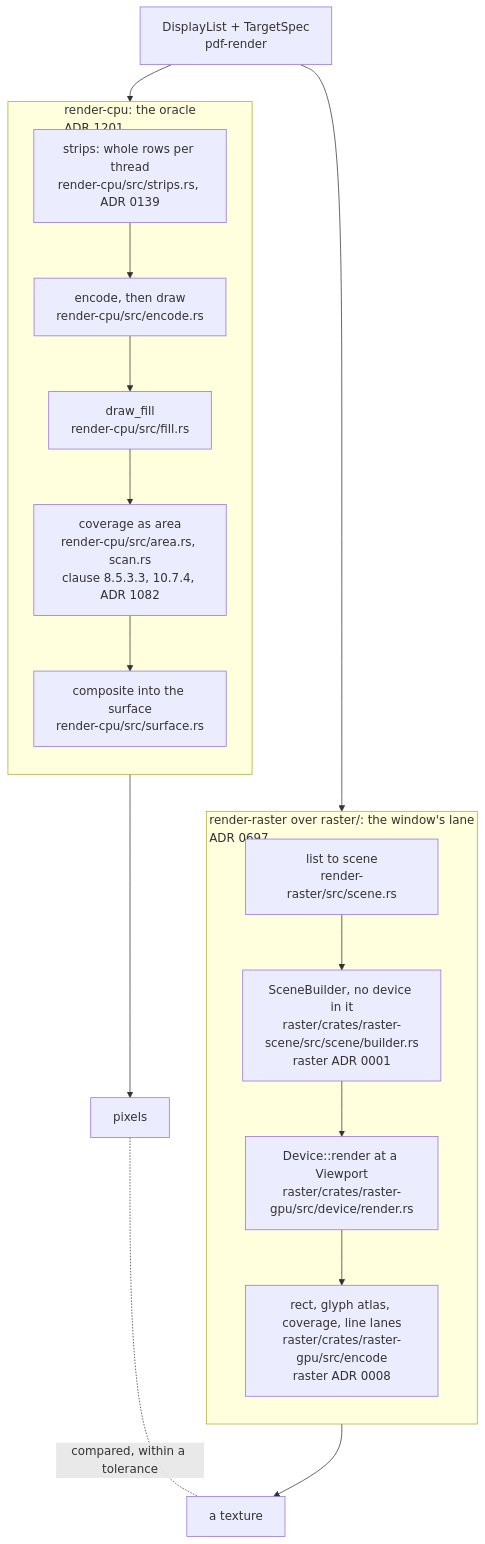
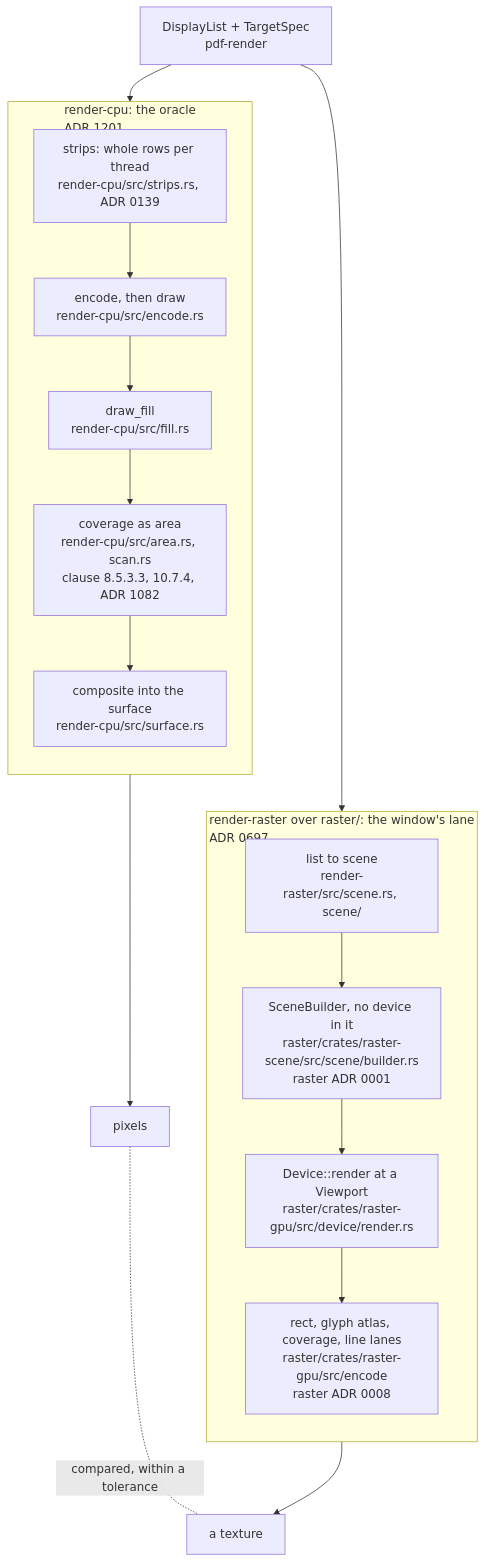
Before and after one commit to close2/pdf-viewer: the sixth of 8 diagrams in doc/teaching/how-a-page-lands-on-the-screen.md, drawn with Mermaid. The commit also changed other lines of this file and 167 other files, not shown here.

````diff
--- a/doc/teaching/how-a-page-lands-on-the-screen.md
+++ b/doc/teaching/how-a-page-lands-on-the-screen.md
@@ -372,29 +372,29 @@
 ```mermaid
 flowchart TD
     LIST["DisplayList + TargetSpec<br/>pdf-render"]
 
     subgraph CPU["render-cpu: the oracle<br/>ADR 1201"]
       direction TB
       STRIPS["strips: whole rows per thread<br/>render-cpu/src/strips.rs, ADR 0139"]
       ENC["encode, then draw<br/>render-cpu/src/encode.rs"]
       FILL["draw_fill<br/>render-cpu/src/fill.rs"]
       AREA["coverage as area<br/>render-cpu/src/area.rs, scan.rs<br/>clause 8.5.3.3, 10.7.4, ADR 1082"]
       SURF["composite into the surface<br/>render-cpu/src/surface.rs"]
       STRIPS --> ENC --> FILL --> AREA --> SURF
     end
 
     subgraph RAS["render-raster over raster/: the window's lane<br/>ADR 0697"]
       direction TB
-      SCENE["list to scene<br/>render-raster/src/scene.rs"]
+      SCENE["list to scene<br/>render-raster/src/scene.rs, scene/"]
       BUILD["SceneBuilder, no device in it<br/>raster/crates/raster-scene/src/scene/builder.rs<br/>raster ADR 0001"]
       DEV["Device::render at a Viewport<br/>raster/crates/raster-gpu/src/device/render.rs"]
       LANES["rect, glyph atlas, coverage, line lanes<br/>raster/crates/raster-gpu/src/encode<br/>raster ADR 0008"]
       SCENE --> BUILD --> DEV --> LANES
     end
 
     LIST --> STRIPS
     LIST --> SCENE
     SURF --> PIX["pixels"]
     LANES --> TEX["a texture"]
     PIX -. "compared, within a tolerance" .- TEX
 ```
````
